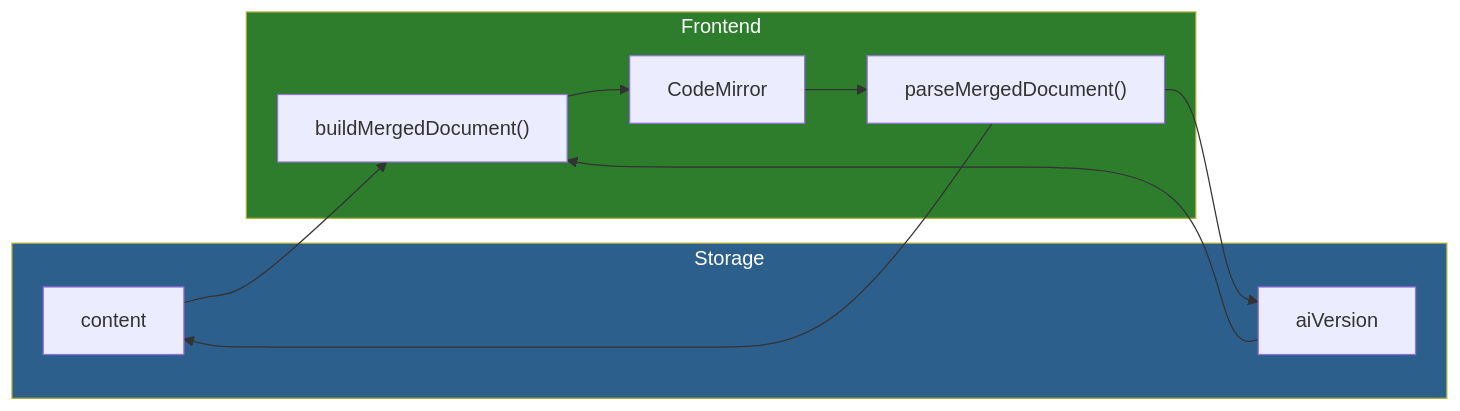
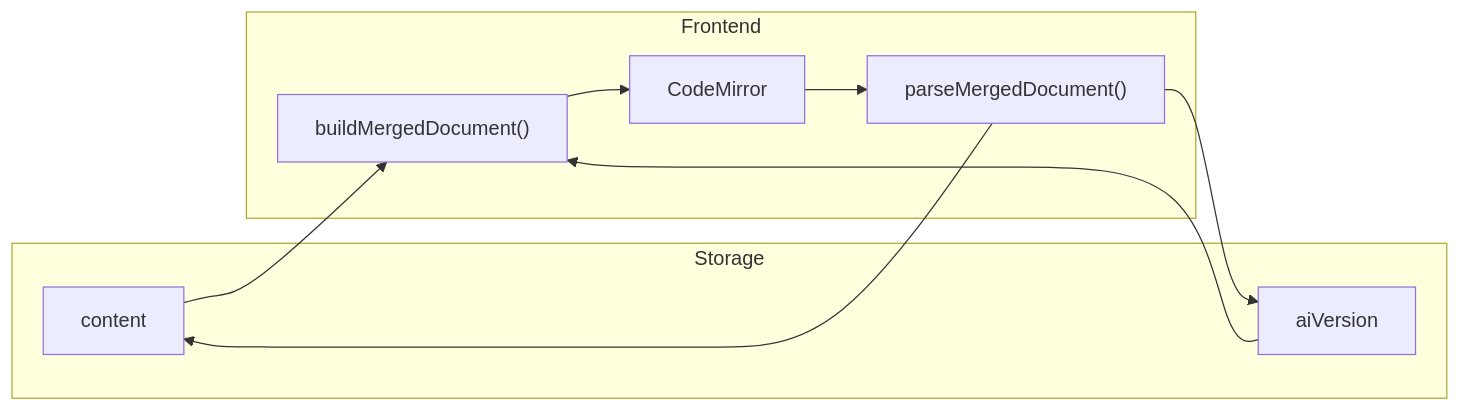
Before and after one commit to haowjy/meridian-flow: the diagram in _docs/technical/frontend/inline-editing/README.md, drawn with Mermaid. The commit also changed 46 other files, not shown here.

````diff
--- a/_docs/technical/frontend/inline-editing/README.md
+++ b/_docs/technical/frontend/inline-editing/README.md
@@ -11,23 +11,21 @@
 ```mermaid
 flowchart LR
     subgraph Storage["Storage"]
         content["content"]
         aiVersion["aiVersion"]
     end
 
     subgraph Frontend["Frontend"]
         build["buildMergedDocument()"]
         editor["CodeMirror"]
         parse["parseMergedDocument()"]
     end
 
     content --> build
     aiVersion --> build
     build --> editor
     editor --> parse
     parse --> content
     parse --> aiVersion
 
-    style Storage fill:#2d5f8d,color:#fff
-    style Frontend fill:#2d7d2d,color:#fff
 ```
````
